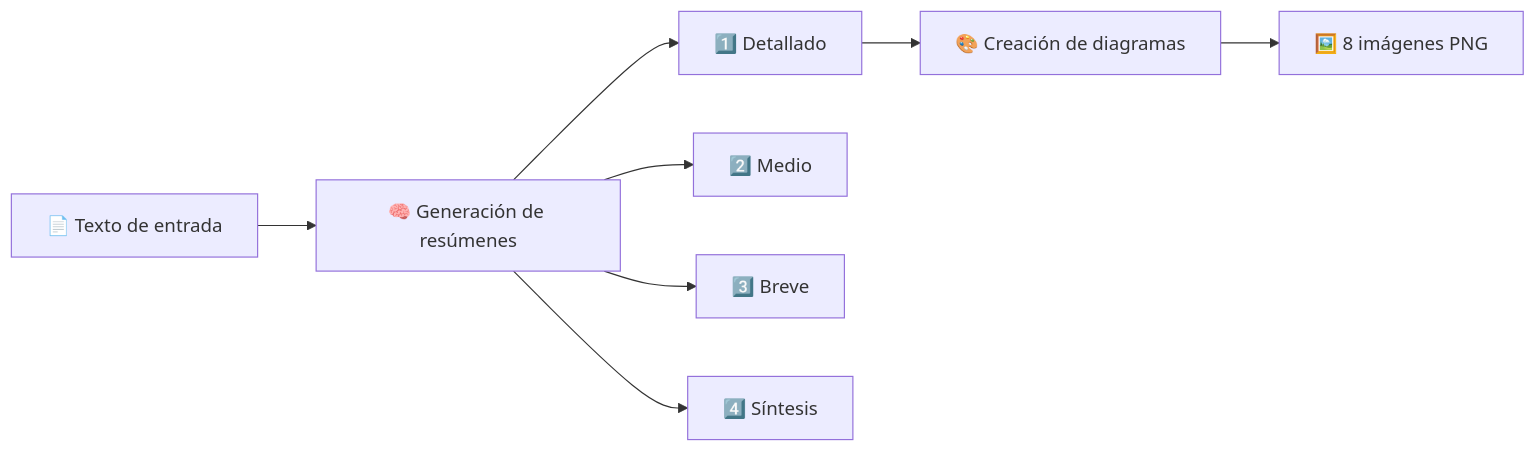
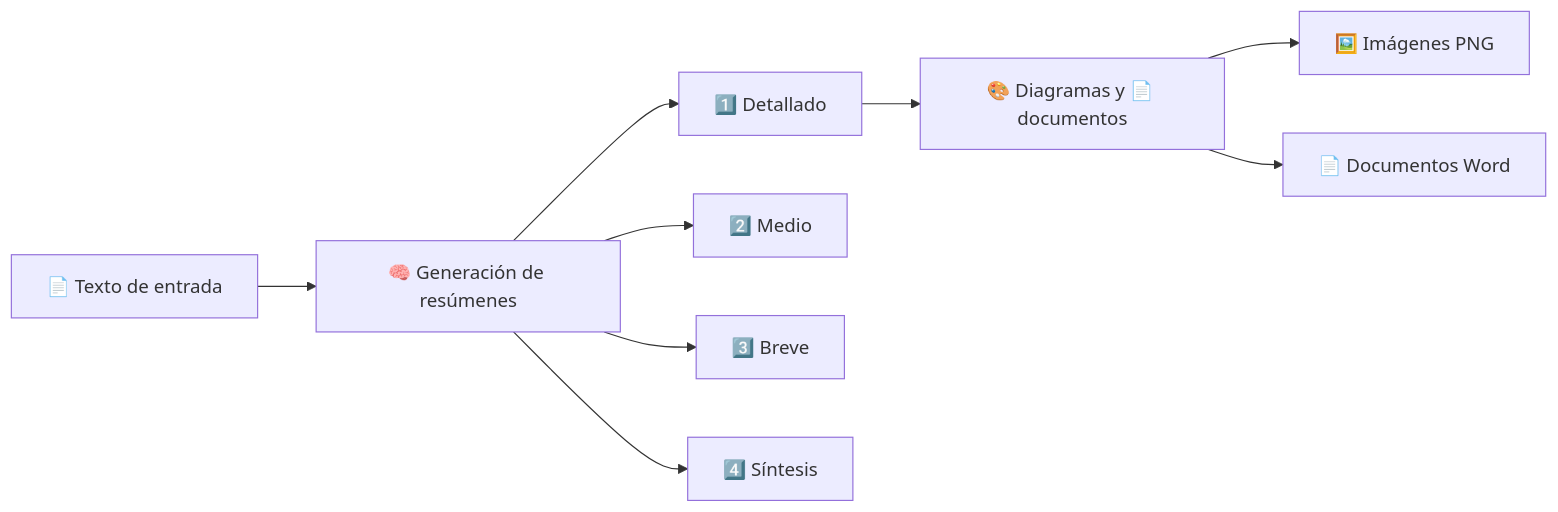
Before and after one commit to garciaedahi382-boop/resumidor-texto: the diagram in README.md, drawn with Mermaid. The commit also changed other lines of this file and 2 other files, not shown here.

````diff
--- a/README.md
+++ b/README.md
@@ -39,10 +69,11 @@
 ```mermaid
 flowchart LR
     A["📄 Texto de entrada"] --> B["🧠 Generación de resúmenes"]
     B --> N1["1️⃣ Detallado"]
     B --> N2["2️⃣ Medio"]
     B --> N3["3️⃣ Breve"]
     B --> N4["4️⃣ Síntesis"]
-    N1 --> D["🎨 Creación de diagramas"]
-    D --> P["🖼️ 8 imágenes PNG"]
+    N1 --> D["🎨 Diagramas y 📄 documentos"]
+    D --> P["🖼️ Imágenes PNG"]
+    D --> W["📄 Documentos Word"]
 ```
````
